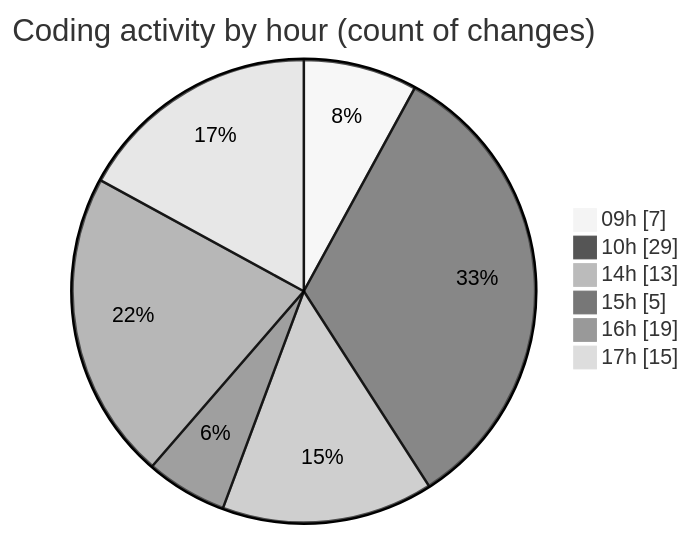
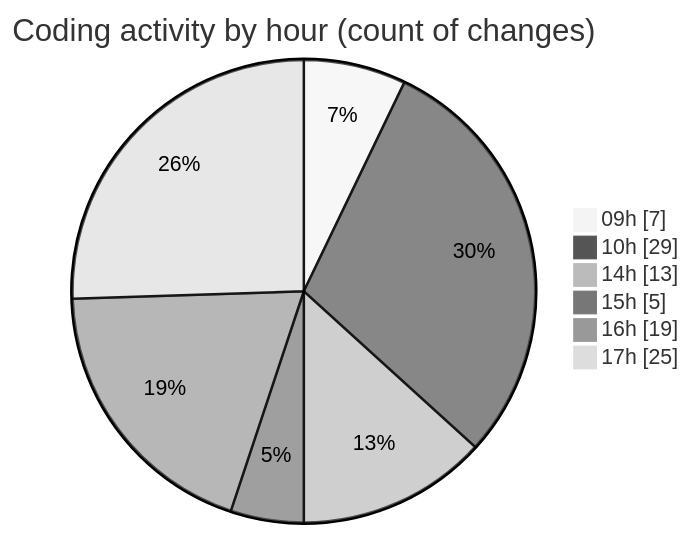
Before and after one commit to momahboobian/code-tracking: the second of 2 diagrams in 2025-06-16/cda/README.md, drawn with Mermaid (neutral theme). The commit also changed other lines of this file and 1 other file, not shown here.

````diff
--- a/2025-06-16/cda/README.md
+++ b/2025-06-16/cda/README.md
@@ -45,10 +45,10 @@
 ```mermaid
 pie showData
 title Coding activity by hour (count of changes)
 "09h" : 7
 "10h" : 29
 "14h" : 13
 "15h" : 5
 "16h" : 19
-"17h" : 15
+"17h" : 25
 ```
````
